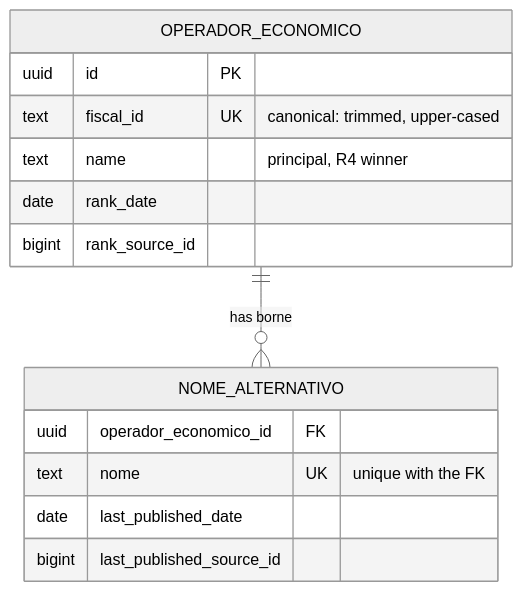
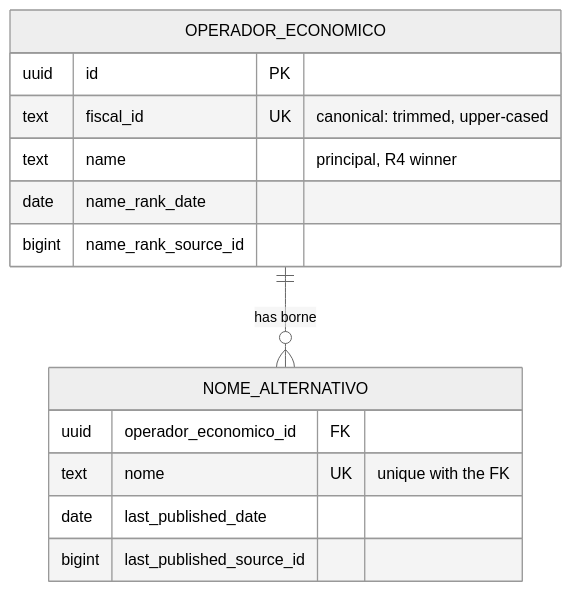
The third of 3 diagrams in docs/features/FEAT-0010-operadores-economicos-base/README.md (earelin/conxugal), drawn with Mermaid (neutral theme) before and after one commit. The commit also changed 1 other file, not shown here.

Commit message:
docs: name the operador's rank columns after what they rank (FEAT-0010)
`rank_date` and `rank_source_id` become `name_rank_date` and
`name_rank_source_id`. R4 ranks the name alone now that the fiscal
identifier is canonical, so a bare `rank_` reads as ranking the row.

The two places that named these columns also disagreed — the ER diagram
said `rank_date` where the migration said `rank_publication_date` — and
the rename settles that on one spelling.

The alternative-names table keeps `last_published_date` and
`last_published_source_id`: those rows are names already, so no prefix
disambiguates anything there.

````diff
--- a/docs/features/FEAT-0010-operadores-economicos-base/README.md
+++ b/docs/features/FEAT-0010-operadores-economicos-base/README.md
@@ -191,17 +191,17 @@
 ```mermaid
 erDiagram
     OPERADOR_ECONOMICO ||--o{ NOME_ALTERNATIVO : "has borne"
     OPERADOR_ECONOMICO {
         uuid id PK
         text fiscal_id UK "canonical: trimmed, upper-cased"
         text name "principal, R4 winner"
-        date rank_date
-        bigint rank_source_id
+        date name_rank_date
+        bigint name_rank_source_id
     }
     NOME_ALTERNATIVO {
         uuid operador_economico_id FK
         text nome UK "unique with the FK"
         date last_published_date
         bigint last_published_source_id
     }
 ```
````
